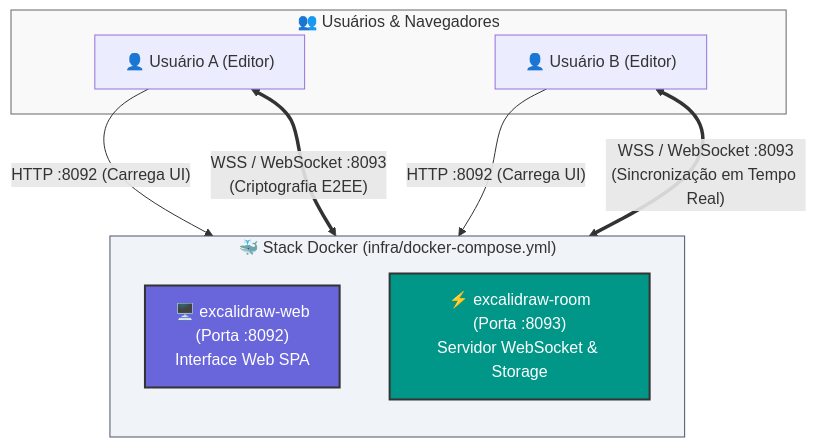
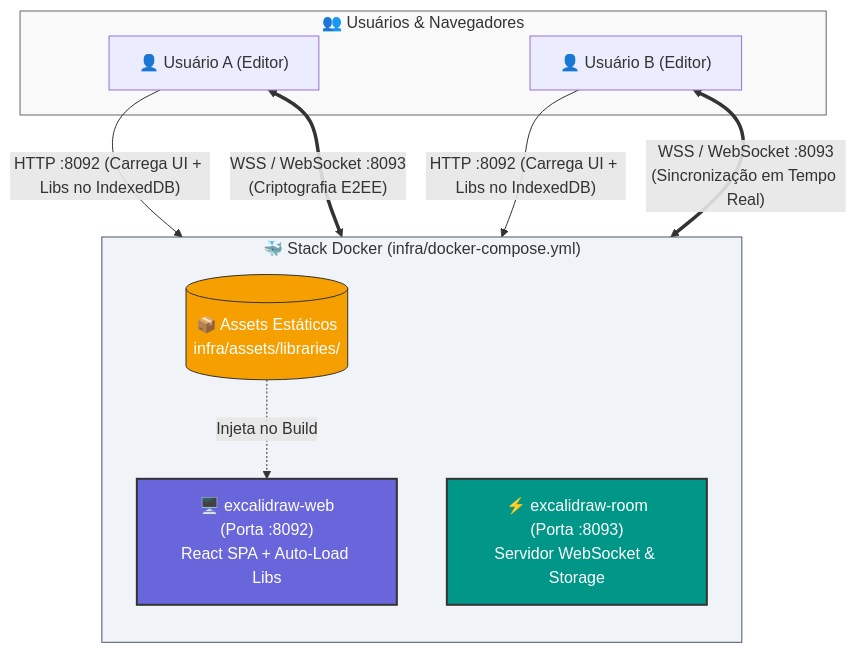
One commit to dxcdc/Desenho changed the first of 2 diagrams in README.md. Above: the diagram before and after it, drawn with Mermaid. The commit also changed other lines of this file and 11 other files, not shown here.

Commit message:
feat(libraries): adiciona auto-load de bibliotecas corporativas no IndexedDB e Dockerfile customizado

````diff
--- a/README.md
+++ b/README.md
@@ -26,24 +37,27 @@
 ```mermaid
 flowchart TD
     subgraph Clientes["👥 Usuários & Navegadores"]
         U1["👤 Usuário A (Editor)"]
         U2["👤 Usuário B (Editor)"]
     end
 
     subgraph Infra["🐳 Stack Docker (infra/docker-compose.yml)"]
         direction TB
-        WEB["🖥️ excalidraw-web<br/>(Porta :8092)<br/>Interface Web SPA"]
+        WEB["🖥️ excalidraw-web<br/>(Porta :8092)<br/>React SPA + Auto-Load Libs"]
         ROOM["⚡ excalidraw-room<br/>(Porta :8093)<br/>Servidor WebSocket & Storage"]
+        LIBS[("📦 Assets Estáticos<br/>infra/assets/libraries/")]
     end
 
-    U1 -- "HTTP :8092 (Carrega UI)" --> WEB
-    U2 -- "HTTP :8092 (Carrega UI)" --> WEB
+    LIBS -.->|Injeta no Build| WEB
+    U1 -- "HTTP :8092 (Carrega UI + Libs no IndexedDB)" --> WEB
+    U2 -- "HTTP :8092 (Carrega UI + Libs no IndexedDB)" --> WEB
 
     U1 <== "WSS / WebSocket :8093<br/>(Criptografia E2EE)" ==> ROOM
     U2 <== "WSS / WebSocket :8093<br/>(Sincronização em Tempo Real)" ==> ROOM
 
     style WEB fill:#6965DB,stroke:#333,stroke-width:2px,color:#fff
     style ROOM fill:#009688,stroke:#333,stroke-width:2px,color:#fff
+    style LIBS fill:#f59f00,stroke:#333,stroke-width:1px,color:#fff
     style Clientes fill:#f9f9f9,stroke:#666,stroke-width:1px
     style Infra fill:#f0f4f8,stroke:#4a5568,stroke-width:1px
 ```
````
